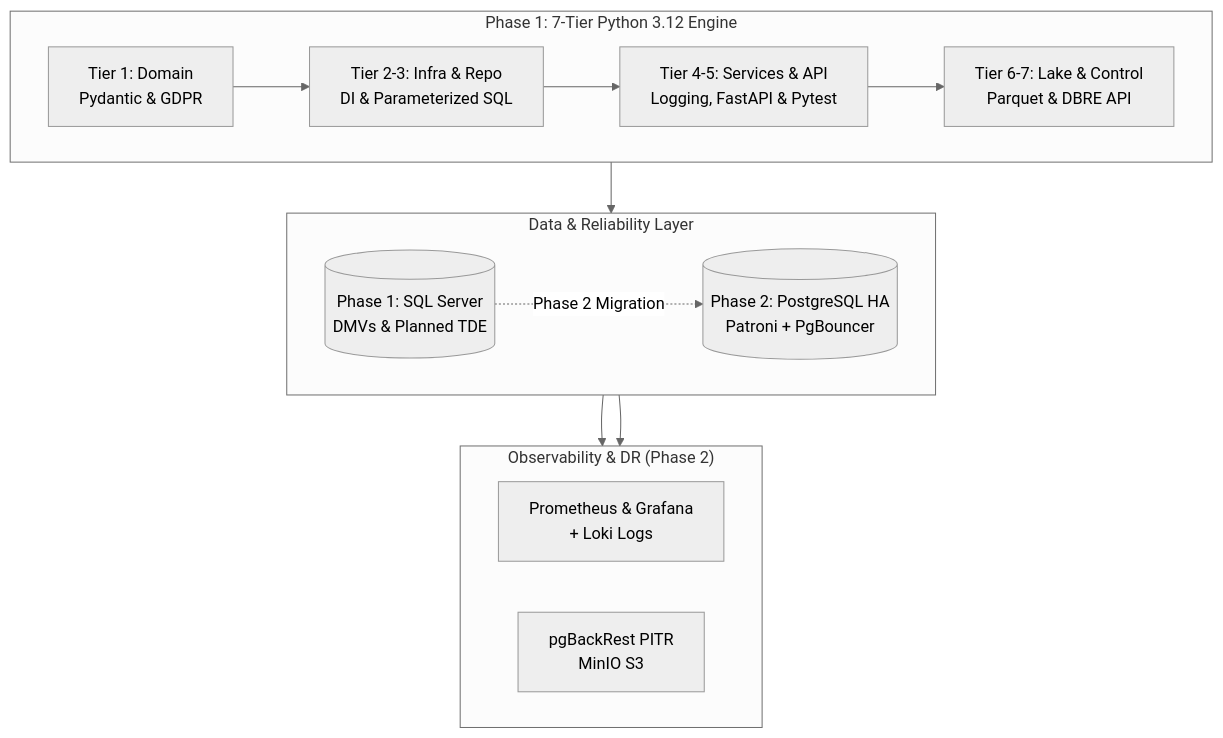
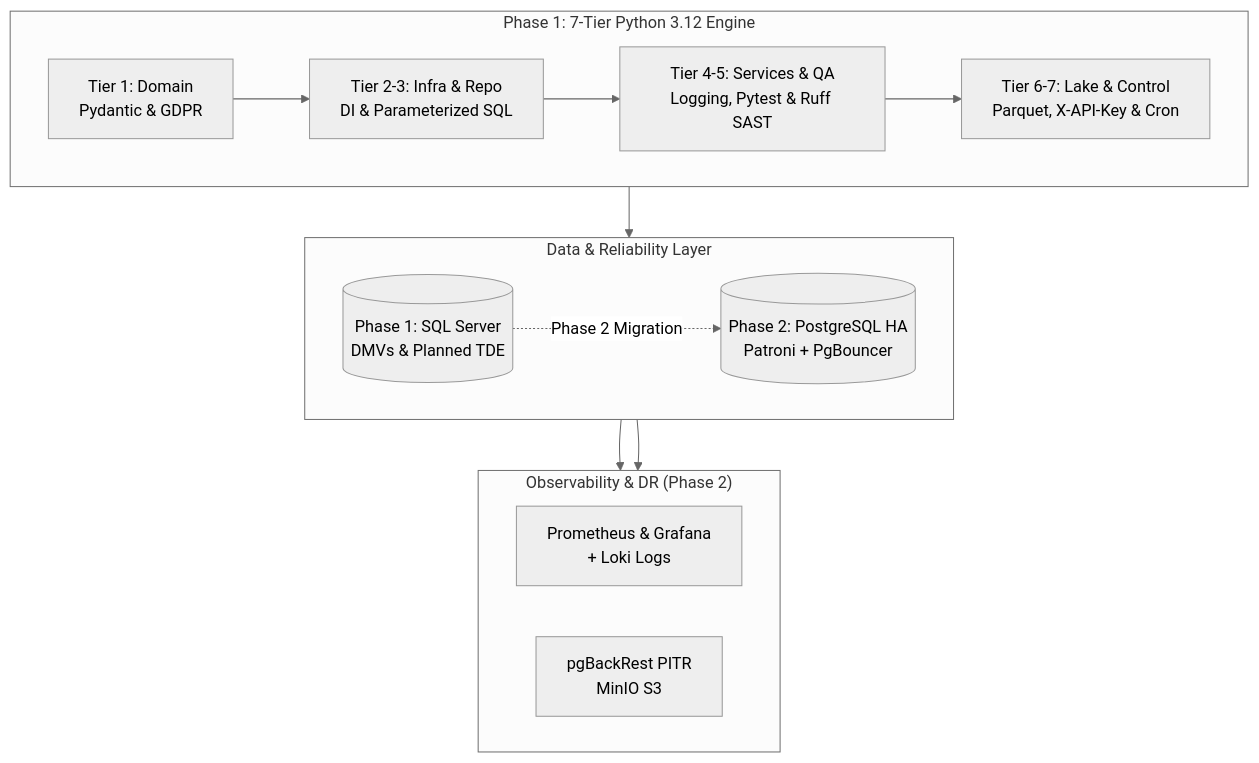
One commit to Murtada10/ClinicEnterprise-DevSecOps changed the diagram in README.md. Above: the diagram before and after it, drawn with Mermaid (neutral theme). The commit also changed other lines of this file, not shown here.

````diff
--- a/README.md
+++ b/README.md
@@ -17,28 +21,28 @@
 ```mermaid
 flowchart TD
     subgraph App ["Phase 1: 7-Tier Python 3.12 Engine"]
         direction LR
         T1["Tier 1: Domain<br/>Pydantic & GDPR"]
         T2["Tier 2-3: Infra & Repo<br/>DI & Parameterized SQL"]
-        T3["Tier 4-5: Services & API<br/>Logging, FastAPI & Pytest"]
-        T4["Tier 6-7: Lake & Control<br/>Parquet & DBRE API"]
+        T3["Tier 4-5: Services & QA<br/>Logging, Pytest & Ruff SAST"]
+        T4["Tier 6-7: Lake & Control<br/>Parquet, X-API-Key & Cron"]
         T1 --> T2 --> T3 --> T4
     end
 
     subgraph DB ["Data & Reliability Layer"]
         direction LR
         SQL[("Phase 1: SQL Server<br/>DMVs & Planned TDE")]
         PG[("Phase 2: PostgreSQL HA<br/>Patroni + PgBouncer")]
     end
 
     subgraph Ops ["Observability & DR (Phase 2)"]
         direction LR
         MON["Prometheus & Grafana<br/>+ Loki Logs"]
         DR["pgBackRest PITR<br/>MinIO S3"]
     end
 
     T2 --> SQL
     SQL -.->|Phase 2 Migration| PG
     PG --> MON
     PG --> DR
 ```
````
